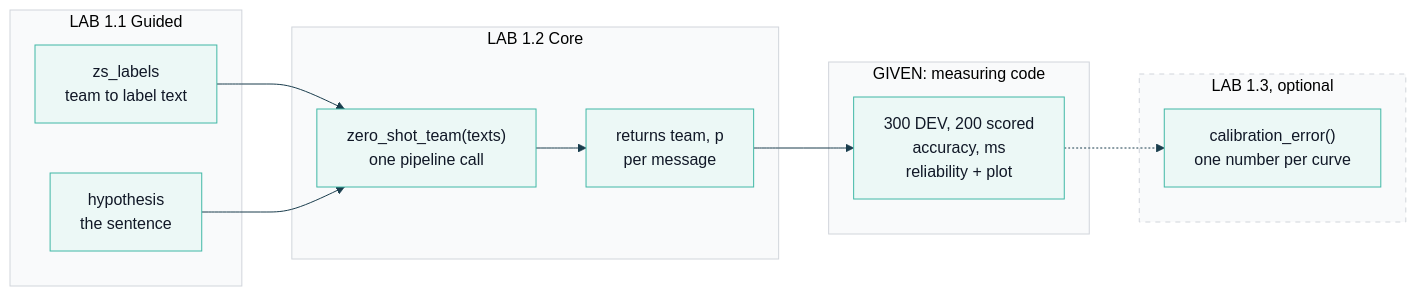
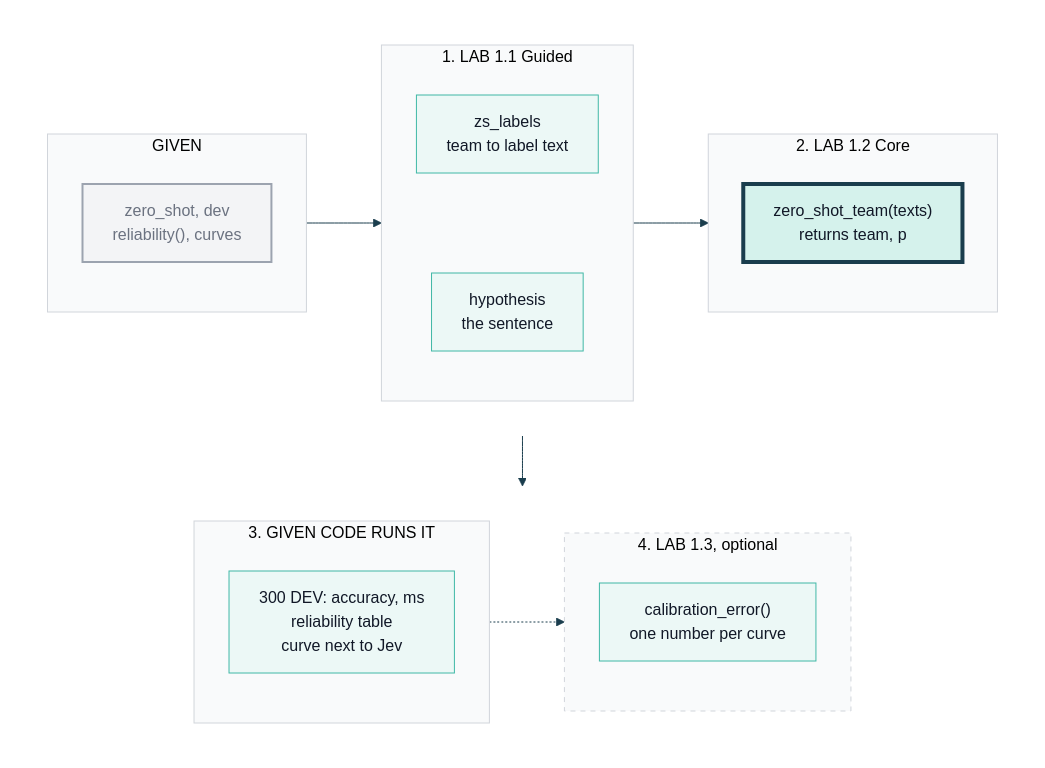
One commit to axel-sirota/getting_started_jev changed the diagram in course/diagrams/module_03/p1-lab-map.mmd. Above: the diagram before and after it, drawn with Mermaid. The commit also changed 41 other files, not shown here.

Commit message:
Module 3: notebooks and diagrams

```diff
--- a/course/diagrams/module_03/p1-lab-map.mmd
+++ b/course/diagrams/module_03/p1-lab-map.mmd
@@ -1,25 +1,40 @@
 %%{init: {"theme": "base", "themeVariables": {"fontFamily": "Inter, sans-serif", "primaryColor": "#ECF8F6", "primaryBorderColor": "#40B8A6", "primaryTextColor": "#111827", "lineColor": "#1A3D4D", "secondaryColor": "#F9FAFB", "tertiaryColor": "#FFFFFF", "clusterBkg": "#F9FAFB", "clusterBorder": "#D1D5DB", "actorBkg": "#ECF8F6", "actorBorder": "#40B8A6", "noteBkgColor": "#FFF6DA", "noteBorderColor": "#E0B84C"}}}%%
-flowchart LR
-  subgraph L1["LAB 1.1 Guided"]
-    Z1["zs_labels<br/>team to label text"]
-    Z2["hypothesis<br/>the sentence"]
+flowchart TB
+  subgraph ROW1[" "]
+    direction LR
+    subgraph GIVEN["GIVEN"]
+      G["zero_shot, dev<br/>reliability(), curves"]
+    end
+    subgraph L1["1. LAB 1.1 Guided"]
+      direction TB
+      Z1["zs_labels<br/>team to label text"]
+      Z2["hypothesis<br/>the sentence"]
+      Z1 ~~~ Z2
+    end
+    subgraph L2["2. LAB 1.2 Core"]
+      P["zero_shot_team(texts)<br/>returns team, p"]
+    end
+    GIVEN --> L1 --> L2
   end
-  subgraph L2["LAB 1.2 Core"]
-    P["zero_shot_team(texts)<br/>one pipeline call"]
-    R["returns team, p<br/>per message"]
+  subgraph ROW2[" "]
+    direction LR
+    subgraph RUN["3. GIVEN CODE RUNS IT"]
+      R["300 DEV: accuracy, ms<br/>reliability table<br/>curve next to Jev"]
+    end
+    subgraph L3["4. LAB 1.3, optional"]
+      E["calibration_error()<br/>one number per curve"]
+    end
+    RUN -.-> L3
   end
-  subgraph GIVEN["GIVEN: measuring code"]
-    G["300 DEV, 200 scored<br/>accuracy, ms<br/>reliability + plot"]
-  end
-  subgraph L3["LAB 1.3, optional"]
-    E["calibration_error()<br/>one number per curve"]
-  end
-  Z1 --> P
-  Z2 --> P
-  P --> R --> G
-  G -.-> E
-  style L3 stroke-dasharray:5 5
+  ROW1 --> ROW2
 
   classDef fail fill:#FDECEA,stroke:#B42318,stroke-width:4px
   classDef changed fill:#D5F2EC,stroke:#1A3D4D,stroke-width:4px
   classDef ok fill:#ECF8F6,stroke:#1A3D4D,stroke-width:3px
+  classDef muted fill:#F3F4F6,stroke:#9CA3AF,stroke-width:2px,color:#6B7280
+  classDef human fill:#FFF6DA,stroke:#E0B84C,stroke-width:3px
+  style ROW1 fill:none,stroke:none
+  style ROW2 fill:none,stroke:none
+  class G muted
+  class P changed
+  style L3 stroke-dasharray:5 5
```
